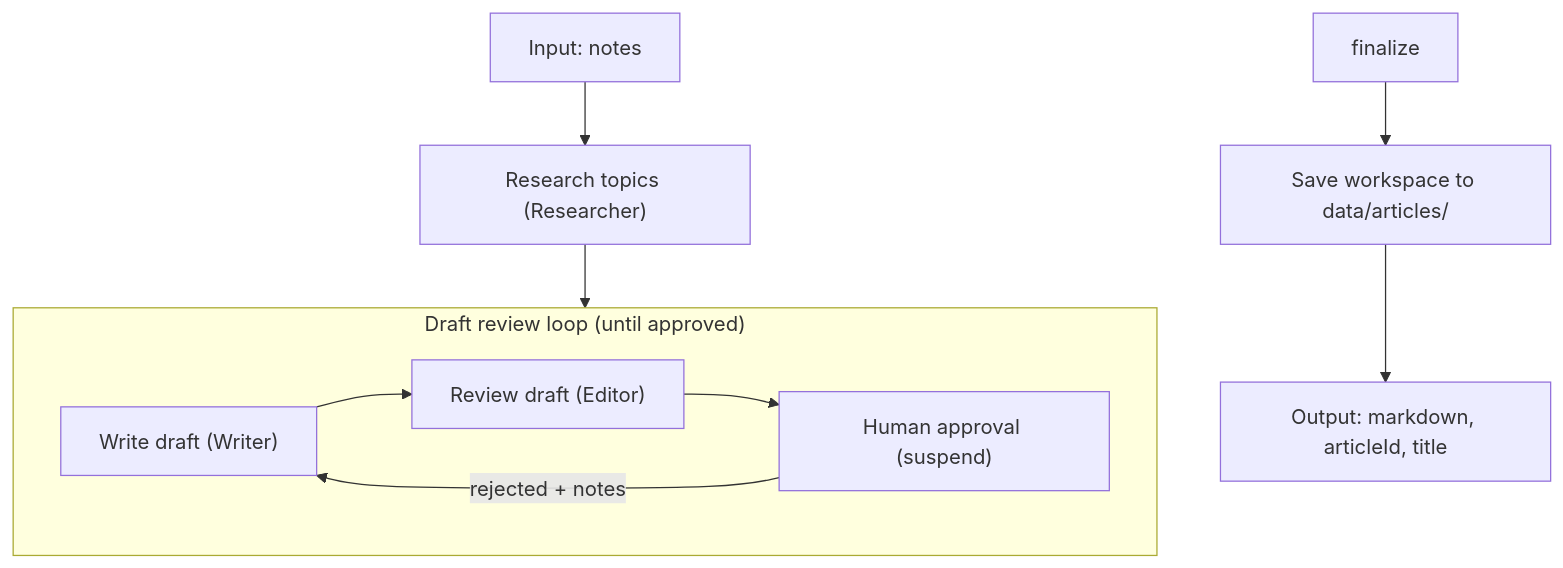
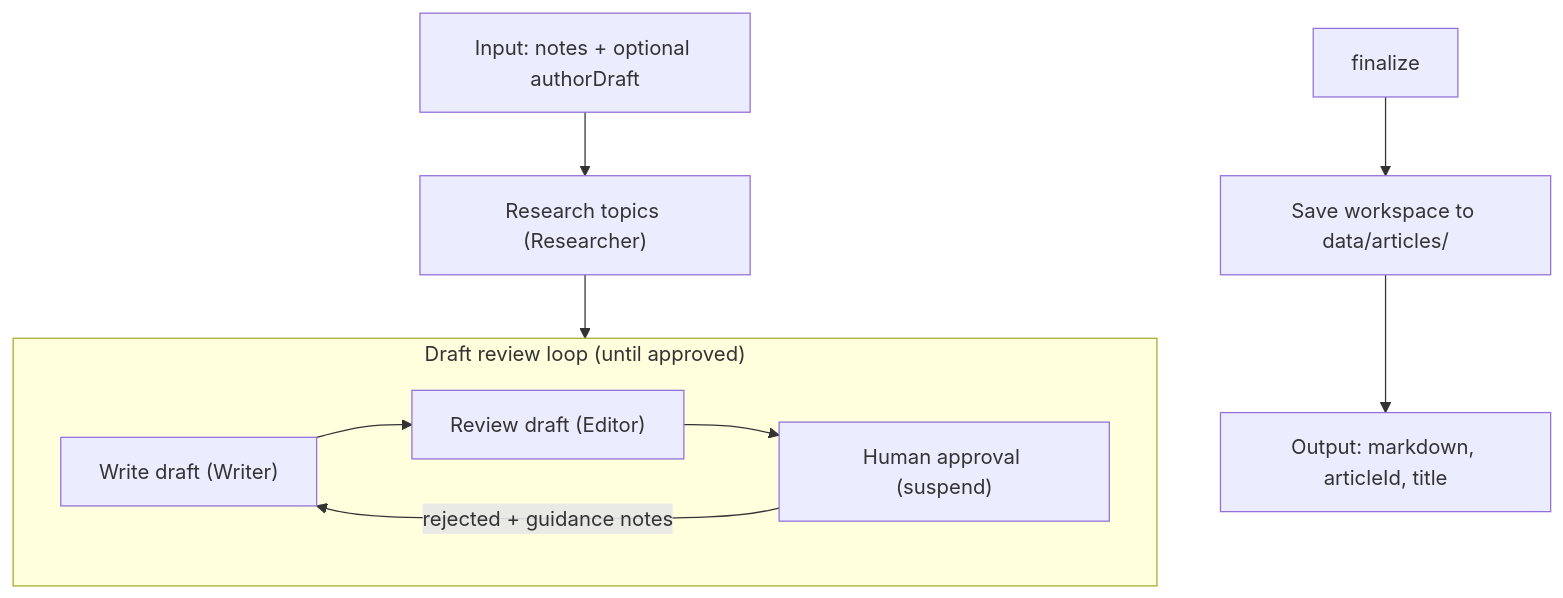
Before and after one commit to foxbit19/agentic-writer: the first of 2 diagrams in docs/workflows.md, drawn with Mermaid. The commit also changed other lines of this file and 14 other files, not shown here.

Commit message:
Improve agents instrctions. Add authorDraft argument to writer workflow

````diff
--- a/docs/workflows.md
+++ b/docs/workflows.md
@@ -16,16 +16,16 @@
 ```mermaid
 flowchart TD
-    input["Input: notes"] --> research["Research topics (Researcher)"]
+    input["Input: notes + optional authorDraft"] --> research["Research topics (Researcher)"]
     research --> draftLoop
 
     subgraph draftLoop ["Draft review loop (until approved)"]
         write["Write draft (Writer)"]
         review["Review draft (Editor)"]
         approve["Human approval (suspend)"]
         write --> review --> approve
-        approve -->|"rejected + notes"| write
+        approve -->|"rejected + guidance notes"| write
     end
 
     finalize --> output["Save workspace to data/articles/"]
     output --> result["Output: markdown, articleId, title"]
 ```
````
